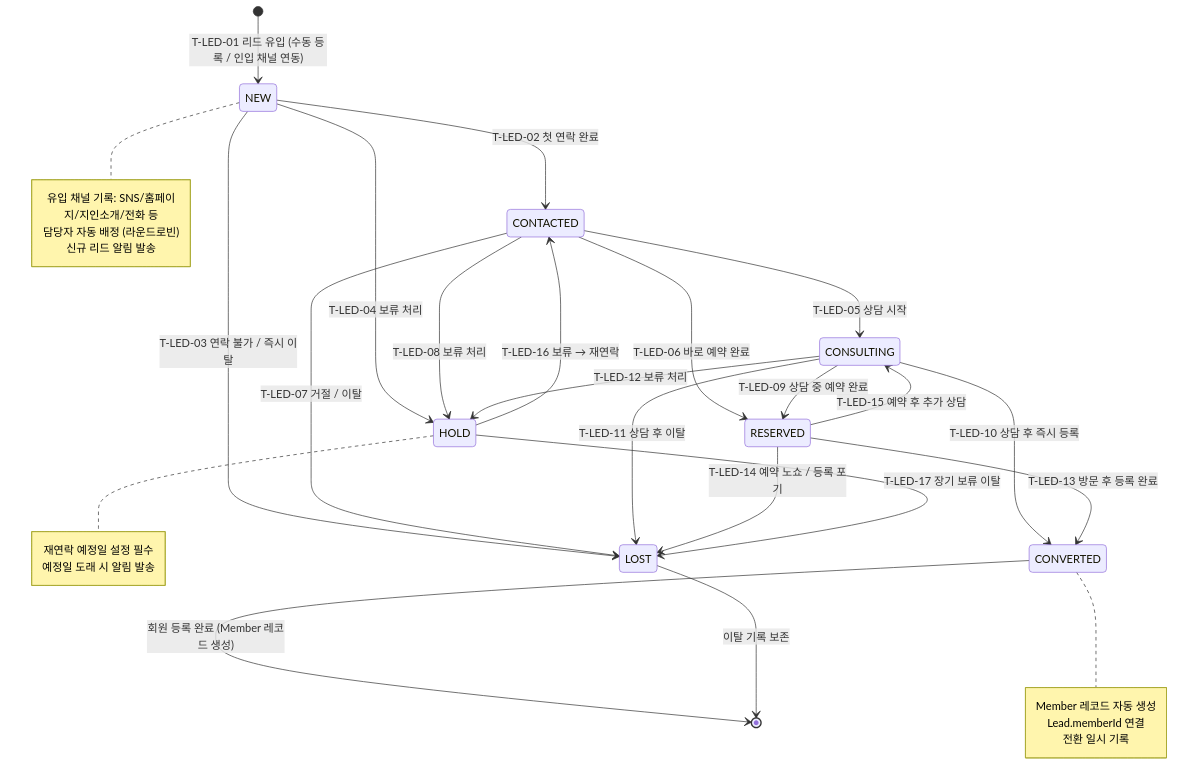
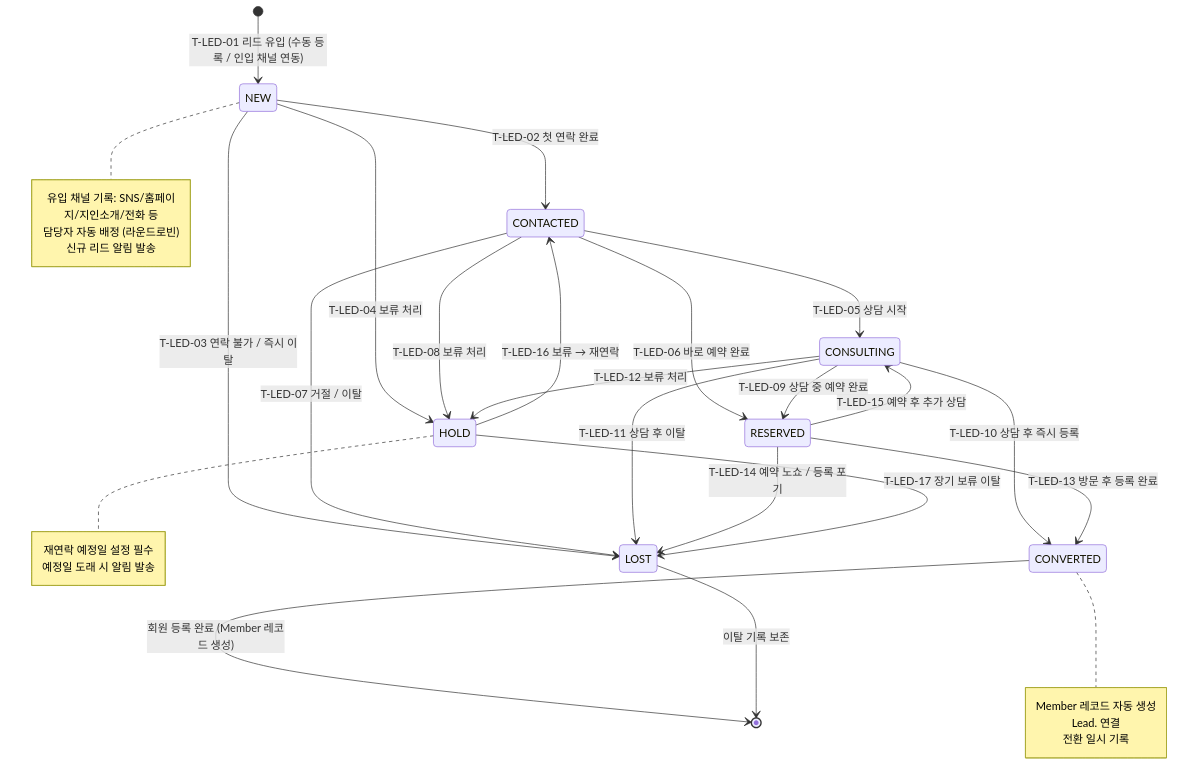
The diagram in docs/다이어그램/20_상태전이도/20-07_LeadStatus.md (dev-spogym/admin-pando), drawn with Mermaid before and after one commit. The commit also changed other lines of this file and 1660 other files, not shown here.

First line of the commit message:
다이어그램: 기획자/클라이언트 납품본으로 정리

````diff
--- a/docs/다이어그램/20_상태전이도/20-07_LeadStatus.md
+++ b/docs/다이어그램/20_상태전이도/20-07_LeadStatus.md
@@ -36,45 +26,45 @@
 ```mermaid
 stateDiagram-v2
     [*] --> NEW : T-LED-01 리드 유입 (수동 등록 / 인입 채널 연동)
 
     NEW --> CONTACTED : T-LED-02 첫 연락 완료
     NEW --> LOST : T-LED-03 연락 불가 / 즉시 이탈
     NEW --> HOLD : T-LED-04 보류 처리
 
     CONTACTED --> CONSULTING : T-LED-05 상담 시작
     CONTACTED --> RESERVED : T-LED-06 바로 예약 완료
     CONTACTED --> LOST : T-LED-07 거절 / 이탈
     CONTACTED --> HOLD : T-LED-08 보류 처리
 
     CONSULTING --> RESERVED : T-LED-09 상담 중 예약 완료
     CONSULTING --> CONVERTED : T-LED-10 상담 후 즉시 등록
     CONSULTING --> LOST : T-LED-11 상담 후 이탈
     CONSULTING --> HOLD : T-LED-12 보류 처리
 
     RESERVED --> CONVERTED : T-LED-13 방문 후 등록 완료
     RESERVED --> LOST : T-LED-14 예약 노쇼 / 등록 포기
     RESERVED --> CONSULTING : T-LED-15 예약 후 추가 상담
 
     HOLD --> CONTACTED : T-LED-16 보류 → 재연락
     HOLD --> LOST : T-LED-17 장기 보류 이탈
 
     CONVERTED --> [*] : 회원 등록 완료 (Member 레코드 생성)
     LOST --> [*] : 이탈 기록 보존
 
     note right of NEW
         유입 채널 기록: SNS/홈페이지/지인소개/전화 등
         담당자 자동 배정 (라운드로빈)
         신규 리드 알림 발송
     end note
 
     note right of CONVERTED
         Member 레코드 자동 생성
-        Lead.memberId 연결
+        Lead. 연결
         전환 일시 기록
     end note
 
     note right of HOLD
         재연락 예정일 설정 필수
         예정일 도래 시 알림 발송
     end note
 ```
````
